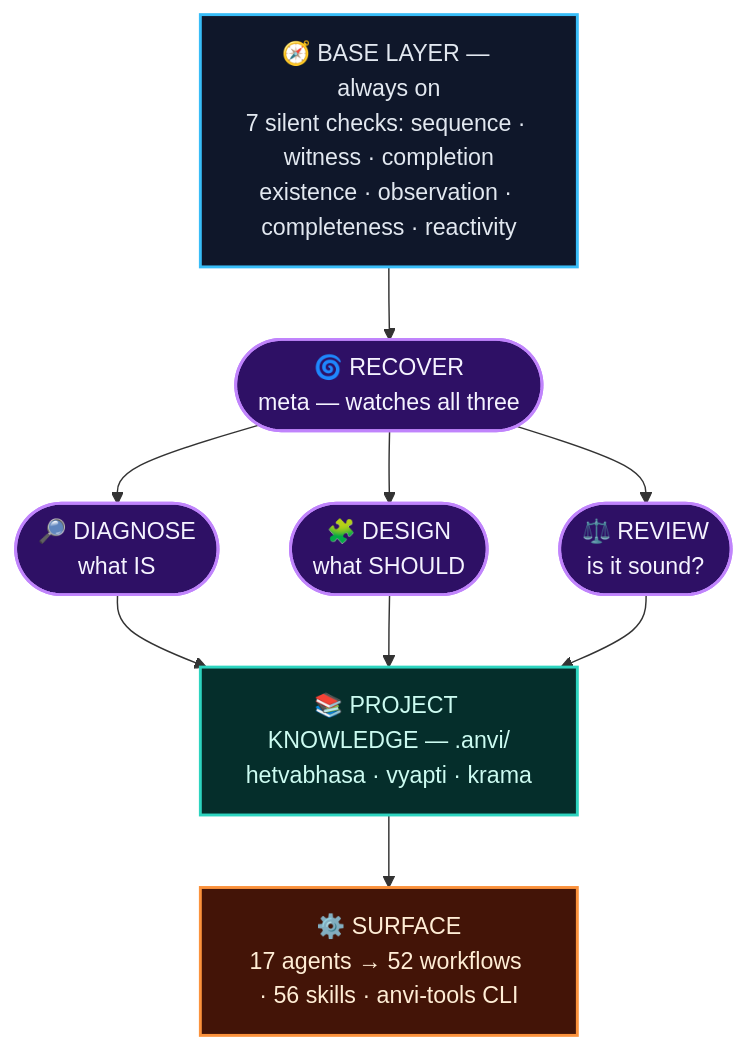
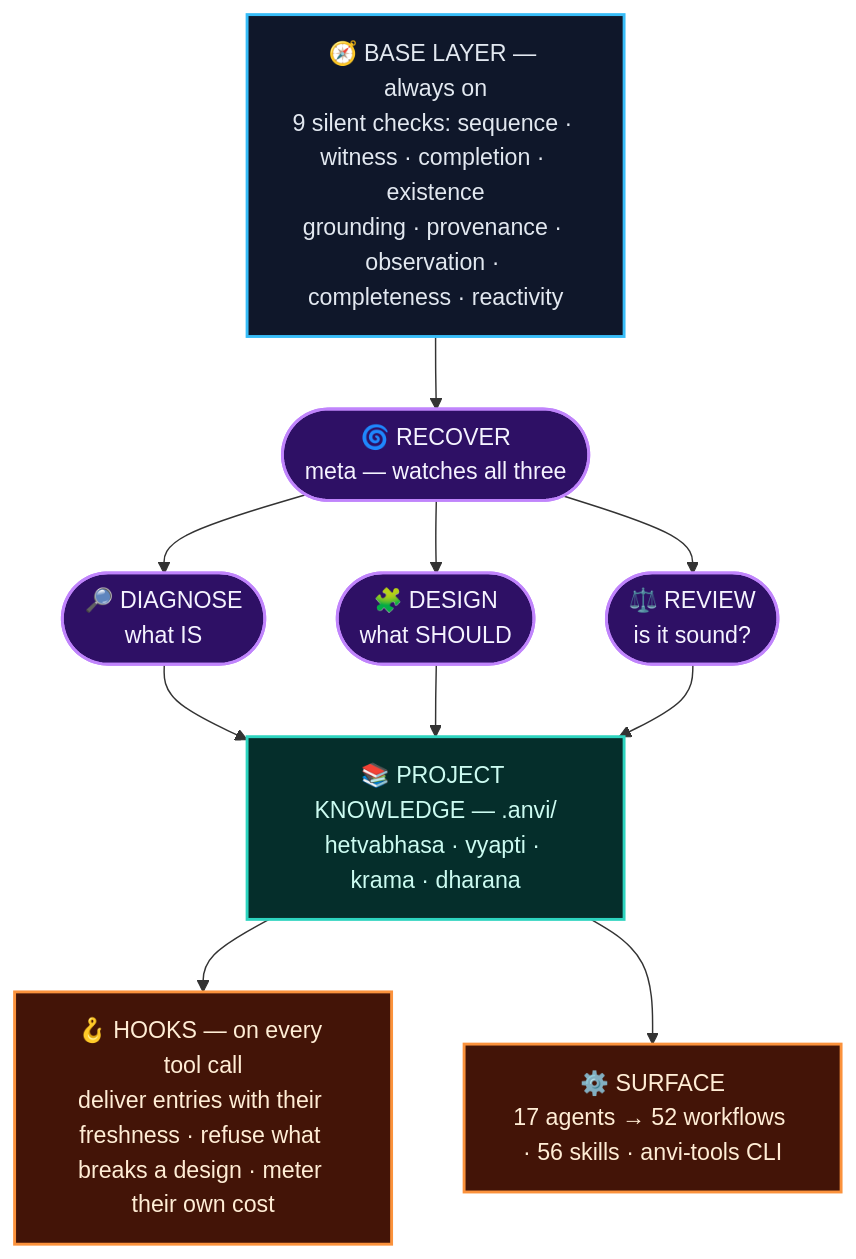
The first of 2 diagrams in README.md (MrityunjayBhardwaj/anvi), drawn with Mermaid before and after one commit. The commit also changed other lines of this file and 2 other files, not shown here.

````diff
--- a/README.md
+++ b/README.md
@@ -50,24 +50,26 @@
 ```mermaid
 flowchart TD
-    BASE["🧭 BASE LAYER — always on<br/>7 silent checks: sequence · witness · completion<br/>existence · observation · completeness · reactivity"]
+    BASE["🧭 BASE LAYER — always on<br/>9 silent checks: sequence · witness · completion · existence<br/>grounding · provenance · observation · completeness · reactivity"]
     R(["🌀 RECOVER<br/>meta — watches all three"])
     D1(["🔎 DIAGNOSE<br/>what IS"])
     D2(["🧩 DESIGN<br/>what SHOULD"])
     D3(["⚖️ REVIEW<br/>is it sound?"])
-    KNOW["📚 PROJECT KNOWLEDGE — .anvi/<br/>hetvabhasa · vyapti · krama"]
+    KNOW["📚 PROJECT KNOWLEDGE — .anvi/<br/>hetvabhasa · vyapti · krama · dharana"]
+    HOOK["🪝 HOOKS — on every tool call<br/>deliver entries with their freshness · refuse what breaks a design · meter their own cost"]
     SURF["⚙️ SURFACE<br/>17 agents → 52 workflows · 56 skills · anvi-tools CLI"]
 
     BASE --> R
     R --> D1 & D2 & D3
     D1 & D2 & D3 --> KNOW
+    KNOW --> HOOK
     KNOW --> SURF
 
     classDef base fill:#0f172a,stroke:#38bdf8,stroke-width:2px,color:#e2e8f0;
     classDef lens fill:#2e1065,stroke:#c084fc,stroke-width:2px,color:#f5f3ff;
     classDef know fill:#052e2b,stroke:#2dd4bf,stroke-width:2px,color:#ccfbf1;
     classDef surf fill:#431407,stroke:#fb923c,stroke-width:2px,color:#ffedd5;
     class BASE base;
     class R,D1,D2,D3 lens;
     class KNOW know;
-    class SURF surf;
+    class HOOK,SURF surf;
 ```
````
